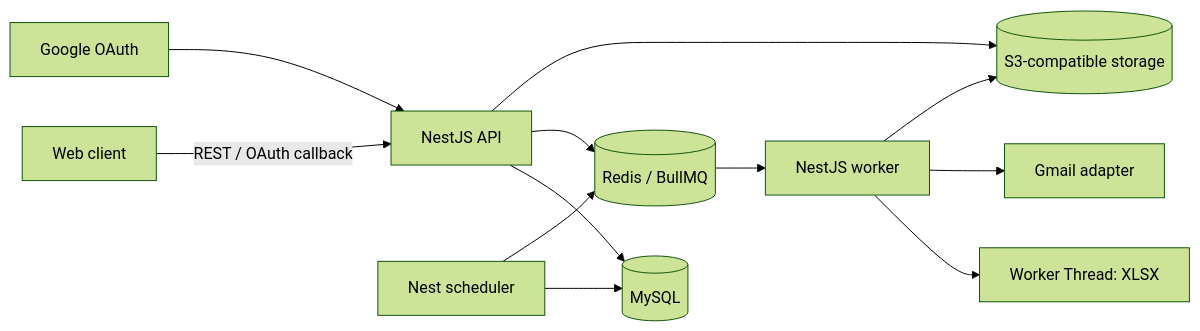
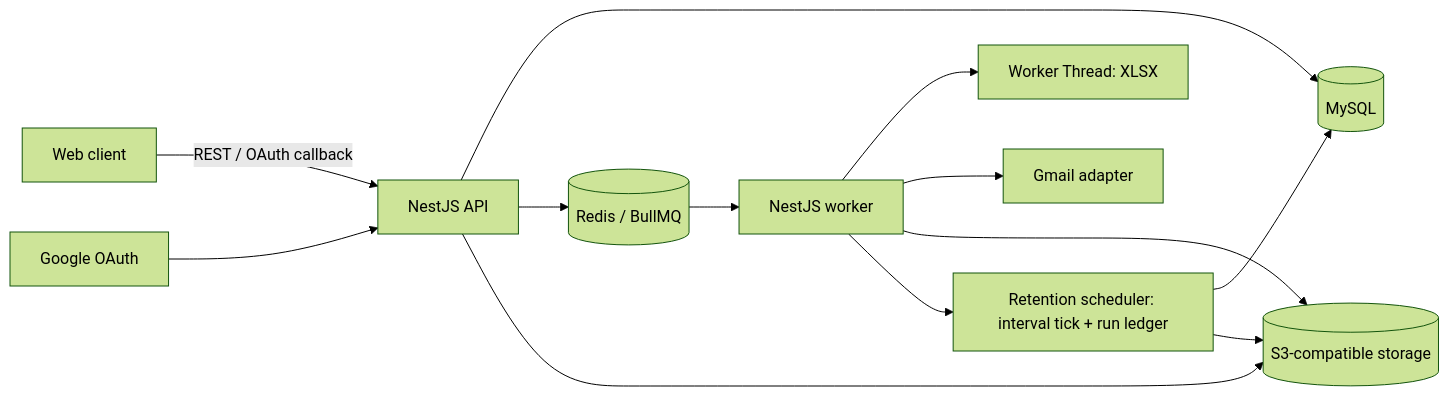
The diagram in docs/architecture/system-design.md (thaind-2785/nestjs-mock-project), drawn with Mermaid (forest theme) before and after one commit. The commit also changed other lines of this file and 36 other files, not shown here.

````diff
--- a/docs/architecture/system-design.md
+++ b/docs/architecture/system-design.md
@@ -15,14 +15,15 @@
 ```mermaid
 flowchart LR
     C[Web client] -->|REST / OAuth callback| API[NestJS API]
     G[Google OAuth] --> API
     API --> DB[(MySQL)]
     API --> R[(Redis / BullMQ)]
     API --> S[(S3-compatible storage)]
     R --> Q[NestJS worker]
     Q --> WT[Worker Thread: XLSX]
     Q --> GM[Gmail adapter]
     Q --> S
-    CRON[Nest scheduler] --> DB
-    CRON --> R
+    Q --> RET[Retention scheduler: interval tick + run ledger]
+    RET --> DB
+    RET --> S
 ```
````
